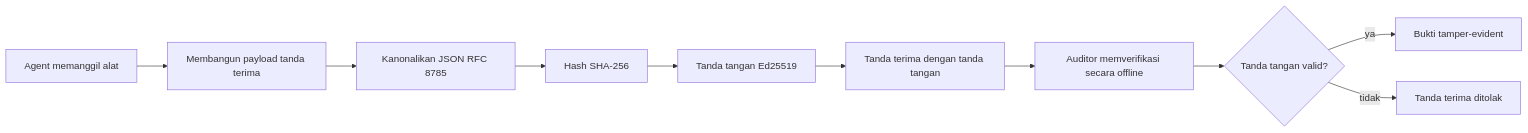
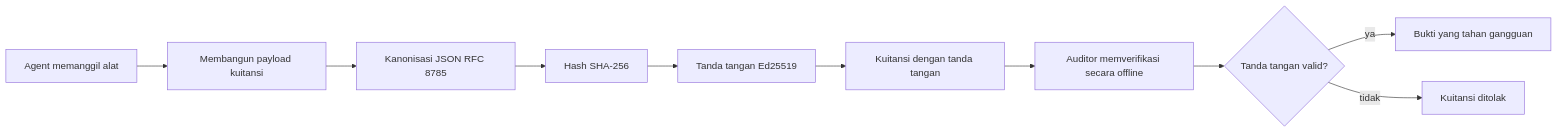
Before and after one commit to gabrielmoreira/agent-skills-mirror: the first of 2 diagrams in mirrors/repos/microsoft@ai-agents-for-beginners/translations/id/18-securing-ai-agents/README.md, drawn with Mermaid. The commit also changed other lines of this file and 2285 other files, not shown here.

````diff
--- a/mirrors/repos/microsoft@ai-agents-for-beginners/translations/id/18-securing-ai-agents/README.md
+++ b/mirrors/repos/microsoft@ai-agents-for-beginners/translations/id/18-securing-ai-agents/README.md
@@ -51,12 +51,12 @@
 ```mermaid
 flowchart LR
-    A[Agent memanggil alat] --> B[Membangun payload tanda terima]
-    B --> C[Kanonalikan JSON RFC 8785]
+    A[Agent memanggil alat] --> B[Membangun payload kuitansi]
+    B --> C[Kanonisasi JSON RFC 8785]
     C --> D[Hash SHA-256]
     D --> E[Tanda tangan Ed25519]
-    E --> F[Tanda terima dengan tanda tangan]
+    E --> F[Kuitansi dengan tanda tangan]
     F --> G[Auditor memverifikasi secara offline]
     G --> H{Tanda tangan valid?}
-    H -- ya --> I[Bukti tamper-evident]
-    H -- tidak --> J[Tanda terima ditolak]
+    H -- ya --> I[Bukti yang tahan gangguan]
+    H -- tidak --> J[Kuitansi ditolak]
 ```
````
